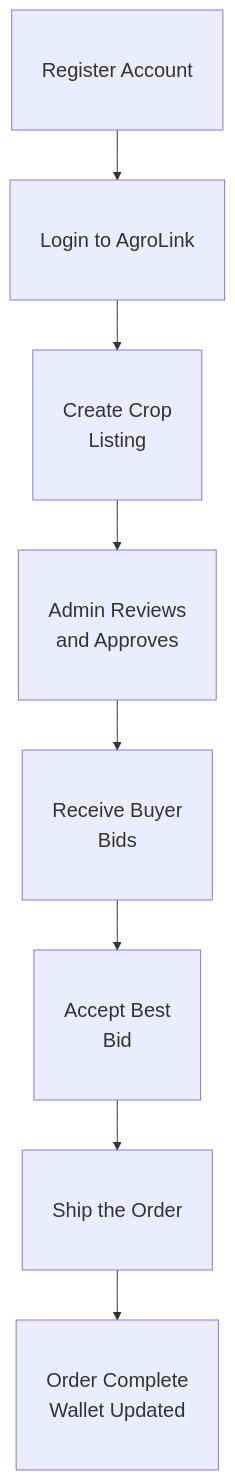
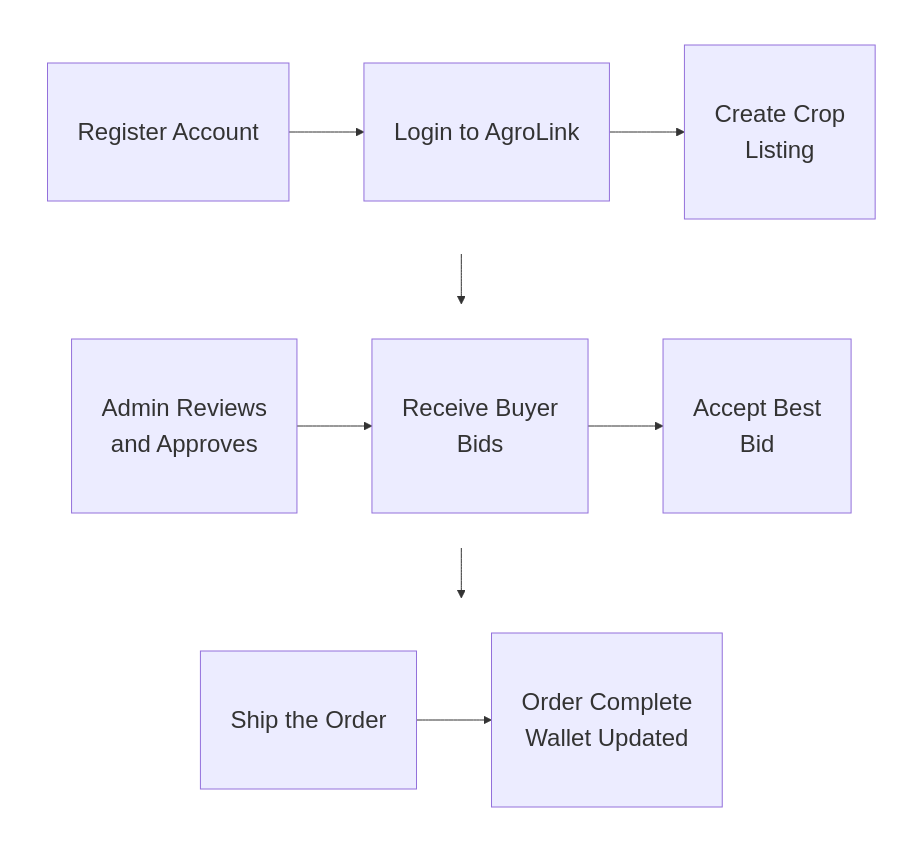
The first of 4 diagrams in README.md (tareqferdous/agrolink-frontend), drawn with Mermaid before and after one commit. The commit also changed other lines of this file, not shown here.

Commit message:
fix: update flow diagrams in readme files

````diff
--- a/README.md
+++ b/README.md
@@ -28,15 +28,29 @@
 ```mermaid
-%%{init: {"themeVariables": {"fontSize": "20px"}}}%%
+%%{init: {"themeVariables": {"fontSize": "24px"}}}%%
 flowchart TB
-	classDef big font-size:20px,padding:16px;
+	classDef big font-size:24px,padding:20px;
 
-	F1[Register Account] --> F2[Login to AgroLink]
-	F2 --> F3[Create Crop<br/>Listing]
-	F3 --> F4[Admin Reviews<br/>and Approves]
-	F4 --> F5[Receive Buyer<br/>Bids]
-	F5 --> F6[Accept Best<br/>Bid]
-	F6 --> F7[Ship the Order]
-	F7 --> F8[Order Complete<br/>Wallet Updated]
+	subgraph FRow1[" "]
+		direction LR
+		F1[Register Account] --> F2[Login to AgroLink] --> F3[Create Crop<br/>Listing]
+	end
+
+	subgraph FRow2[" "]
+		direction LR
+		F4[Admin Reviews<br/>and Approves] --> F5[Receive Buyer<br/>Bids] --> F6[Accept Best<br/>Bid]
+	end
+
+	subgraph FRow3[" "]
+		direction LR
+		F7[Ship the Order] --> F8[Order Complete<br/>Wallet Updated]
+	end
+
+	F3 --> F4
+	F6 --> F7
+
+	style FRow1 fill:transparent,stroke:transparent;
+	style FRow2 fill:transparent,stroke:transparent;
+	style FRow3 fill:transparent,stroke:transparent;
 
 	class F1,F2,F3,F4,F5,F6,F7,F8 big;
 ```
````
